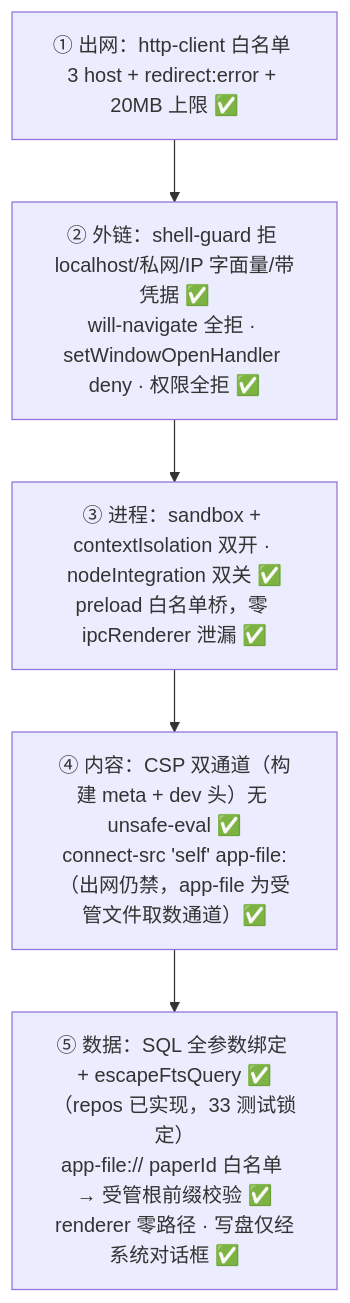
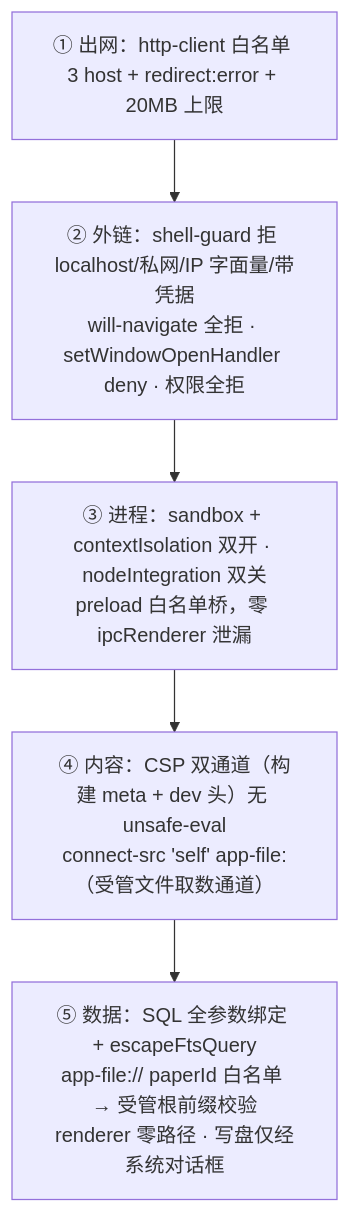
Before and after one commit to yyx20040712/Synapse: the sixth of 6 diagrams in docs/architecture.md, drawn with Mermaid. The commit also changed other lines of this file, not shown here.

````diff
--- a/docs/architecture.md
+++ b/docs/architecture.md
@@ -364,9 +342,9 @@
 ```mermaid
 flowchart TB
-  L1["① 出网：http-client 白名单 3 host + redirect:error + 20MB 上限 ✅"]
-  L2["② 外链：shell-guard 拒 localhost/私网/IP 字面量/带凭据 ✅<br/>will-navigate 全拒 · setWindowOpenHandler deny · 权限全拒 ✅"]
-  L3["③ 进程：sandbox + contextIsolation 双开 · nodeIntegration 双关 ✅<br/>preload 白名单桥，零 ipcRenderer 泄漏 ✅"]
-  L4["④ 内容：CSP 双通道（构建 meta + dev 头）无 unsafe-eval ✅<br/>connect-src 'self' app-file:（出网仍禁，app-file 为受管文件取数通道）✅"]
-  L5["⑤ 数据：SQL 全参数绑定 + escapeFtsQuery ✅（repos 已实现，33 测试锁定）<br/>app-file:// paperId 白名单 → 受管根前缀校验 ✅<br/>renderer 零路径 · 写盘仅经系统对话框 ✅"]
+  L1["① 出网：http-client 白名单 3 host + redirect:error + 20MB 上限"]
+  L2["② 外链：shell-guard 拒 localhost/私网/IP 字面量/带凭据<br/>will-navigate 全拒 · setWindowOpenHandler deny · 权限全拒"]
+  L3["③ 进程：sandbox + contextIsolation 双开 · nodeIntegration 双关<br/>preload 白名单桥，零 ipcRenderer 泄漏"]
+  L4["④ 内容：CSP 双通道（构建 meta + dev 头）无 unsafe-eval<br/>connect-src 'self' app-file:（受管文件取数通道）"]
+  L5["⑤ 数据：SQL 全参数绑定 + escapeFtsQuery<br/>app-file:// paperId 白名单 → 受管根前缀校验<br/>renderer 零路径 · 写盘仅经系统对话框"]
   L1 --> L2 --> L3 --> L4 --> L5
 ```
````
